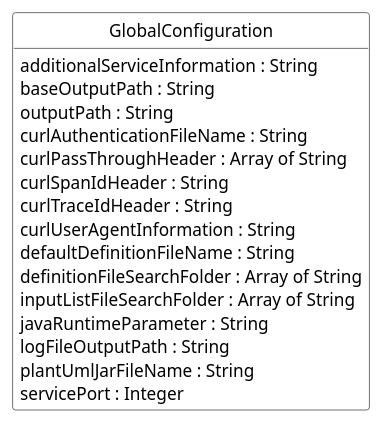
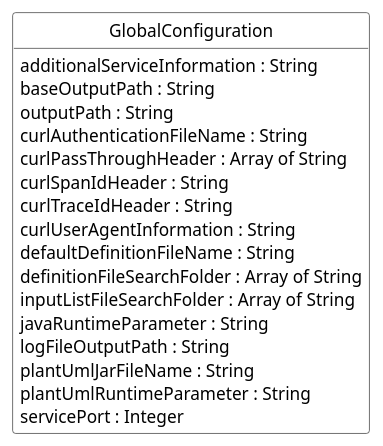
Before and after one commit to jfudickar/json2puml: the diagram in documentation/models/globalconfigurationfile/globalconfigurationfile.puml, drawn with PlantUML. The commit also changed 2 other files, not shown here.

```diff
--- a/documentation/models/globalconfigurationfile/globalconfigurationfile.puml
+++ b/documentation/models/globalconfigurationfile/globalconfigurationfile.puml
@@ -1,32 +1,33 @@
 @startuml
 hide circle
 hide methods
 hide stereotype
 show <<Enumeration>> stereotype
 skinparam class {
    BackgroundColor<<Enumeration>> #E6F5F7
    BackgroundColor<<Ref>> #FFFFE0
    BackgroundColor<<Pivot>> #FFFFFFF
    BackgroundColor #FCF2E3
 }
 
 class GlobalConfiguration <<Pivot>>{
    additionalServiceInformation : String
    baseOutputPath : String
    outputPath : String
    curlAuthenticationFileName : String
    curlPassThroughHeader : Array of String
    curlSpanIdHeader : String
    curlTraceIdHeader : String
    curlUserAgentInformation : String
    defaultDefinitionFileName : String
    definitionFileSearchFolder : Array of String
    inputListFileSearchFolder : Array of String
    javaRuntimeParameter : String
    logFileOutputPath : String
    plantUmlJarFileName : String
+   plantUmlRuntimeParameter : String
    servicePort : Integer
 }
 
 
 @enduml
```
